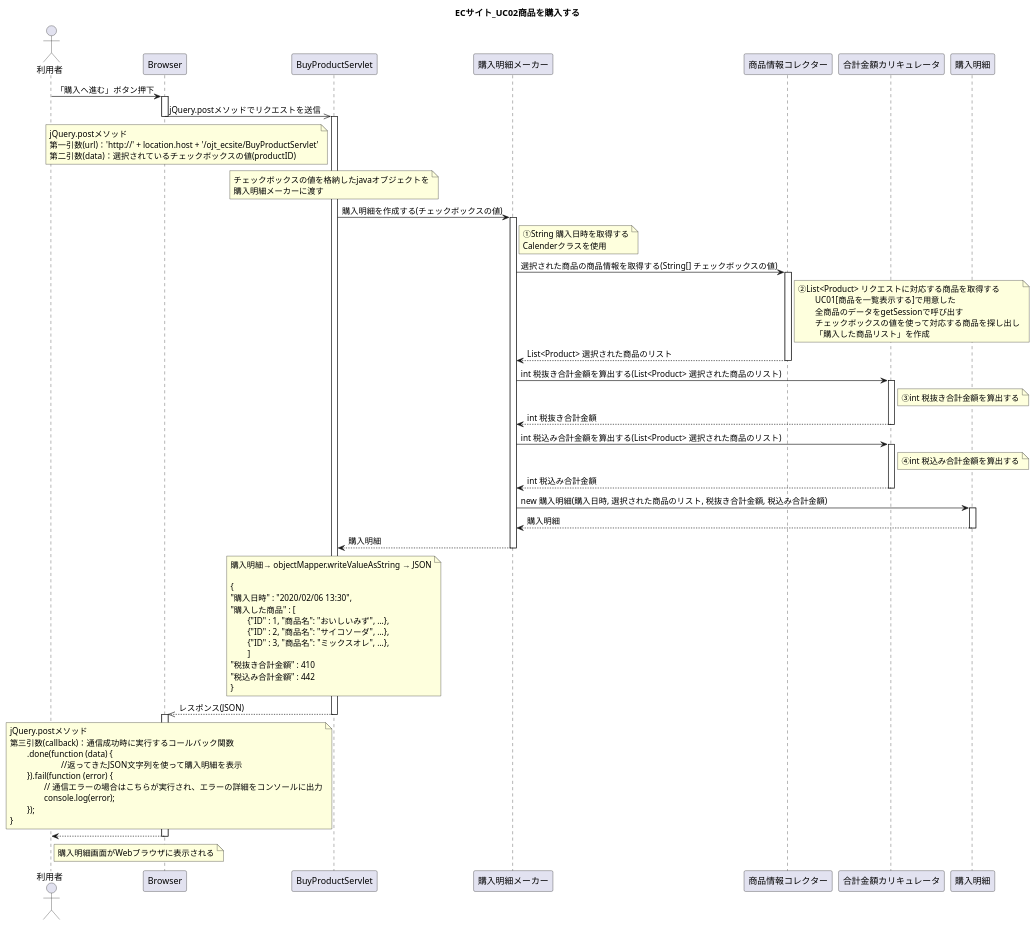
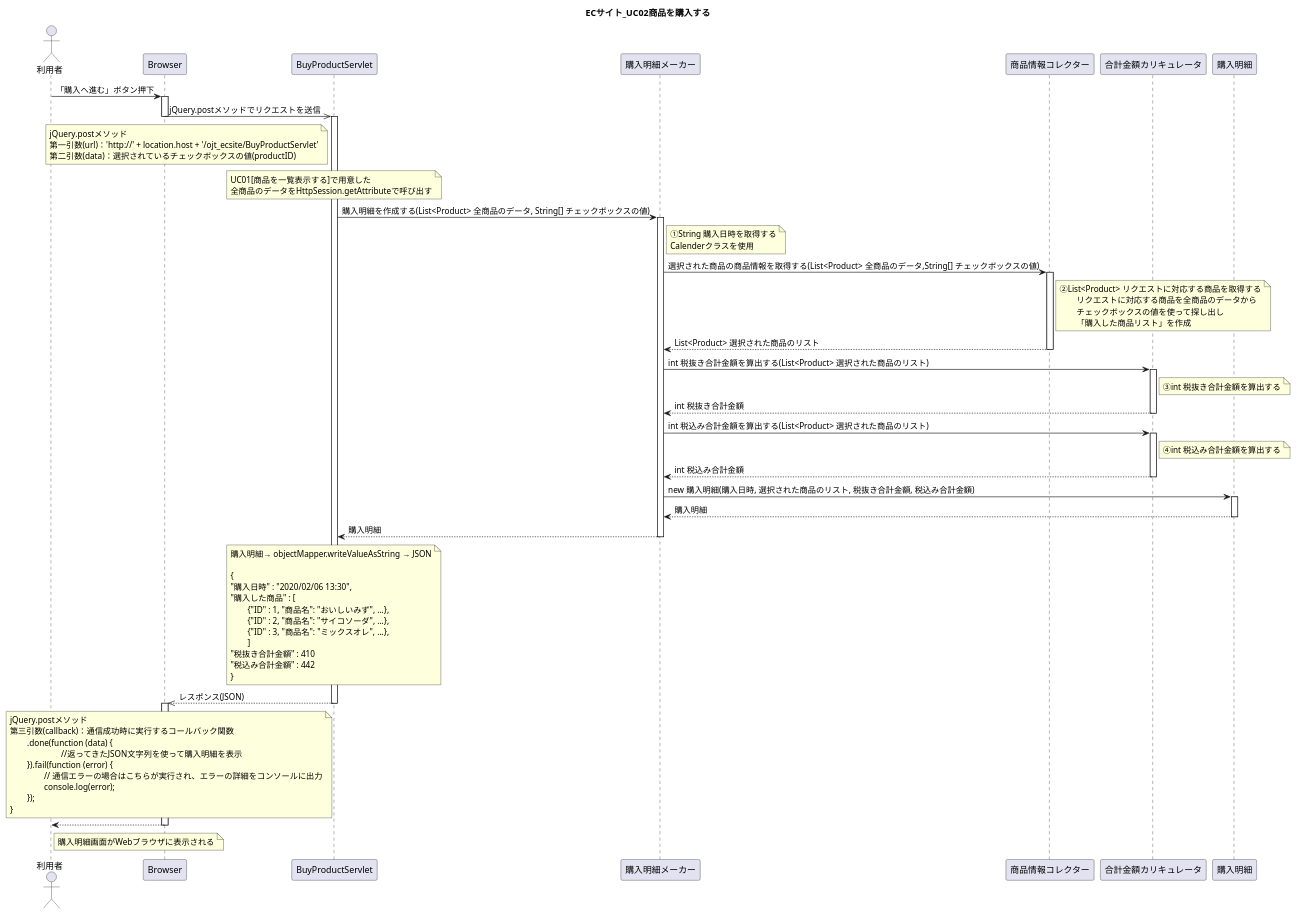
Before and after one commit to wnakayama/ojt_ecsite: the diagram in UML/Sequence02.puml, drawn with PlantUML. The commit also changed 3 other files, not shown here.

```diff
--- a/UML/Sequence02.puml
+++ b/UML/Sequence02.puml
@@ -1,109 +1,108 @@
 @startuml
 title ECサイト_UC02商品を購入する
 
 actor 利用者
 
 利用者 -> Browser : 「購入へ進む」ボタン押下
 activate Browser
 
 Browser ->> BuyProductServlet : jQuery.postメソッドでリクエストを送信
 deactivate Browser
 activate BuyProductServlet
 
 	note left of BuyProductServlet
 	jQuery.postメソッド
 	第一引数(url)：'http://' + location.host + '/ojt_ecsite/BuyProductServlet'
 	第二引数(data)：選択されているチェックボックスの値(productID)
 	end note
 
 	note over BuyProductServlet
-	チェックボックスの値を格納したjavaオブジェクトを
-	購入明細メーカーに渡す
+	UC01[商品を一覧表示する]で用意した
+	全商品のデータをHttpSession.getAttributeで呼び出す
 	end note
 
-BuyProductServlet -> 購入明細メーカー : 購入明細を作成する(チェックボックスの値)
+BuyProductServlet -> 購入明細メーカー : 購入明細を作成する(List<Product> 全商品のデータ, String[] チェックボックスの値)
 activate 購入明細メーカー
 
 	note right of 購入明細メーカー
 	①String 購入日時を取得する
 	Calenderクラスを使用
 	end note
 
 
-購入明細メーカー -> 商品情報コレクター : 選択された商品の商品情報を取得する(String[] チェックボックスの値)
+購入明細メーカー -> 商品情報コレクター : 選択された商品の商品情報を取得する(List<Product> 全商品のデータ,String[] チェックボックスの値)
 activate 商品情報コレクター
 	note right of 商品情報コレクター
 	②List<Product> リクエストに対応する商品を取得する
-		UC01[商品を一覧表示する]で用意した
-		全商品のデータをgetSessionで呼び出す
-		チェックボックスの値を使って対応する商品を探し出し
+		リクエストに対応する商品を全商品のデータから
+		チェックボックスの値を使って探し出し
 		「購入した商品リスト」を作成
 	end note
 購入明細メーカー <-- 商品情報コレクター : List<Product> 選択された商品のリスト
 deactivate 商品情報コレクター
 
 購入明細メーカー -> 合計金額カリキュレータ : int 税抜き合計金額を算出する(List<Product> 選択された商品のリスト)
 activate 合計金額カリキュレータ
 	note right of 合計金額カリキュレータ
 	③int 税抜き合計金額を算出する
 	end note
 購入明細メーカー <-- 合計金額カリキュレータ : int 税抜き合計金額
 deactivate 合計金額カリキュレータ
 
 購入明細メーカー -> 合計金額カリキュレータ : int 税込み合計金額を算出する(List<Product> 選択された商品のリスト)
 activate 合計金額カリキュレータ
 	note right of 合計金額カリキュレータ
 	④int 税込み合計金額を算出する
 	end note
 購入明細メーカー <-- 合計金額カリキュレータ : int 税込み合計金額
 deactivate 合計金額カリキュレータ
 
 
 購入明細メーカー -> 購入明細 : new 購入明細(購入日時, 選択された商品のリスト, 税抜き合計金額, 税込み合計金額)
 activate 購入明細
 購入明細メーカー <-- 購入明細 : 購入明細
 deactivate 購入明細
 
 BuyProductServlet <-- 購入明細メーカー : 購入明細
 deactivate 購入明細メーカー
 
 	note over BuyProductServlet
 	購入明細→ objectMapper.writeValueAsString → JSON
 
 	{
 	"購入日時" : "2020/02/06 13:30",
 	"購入した商品" : [
 		{"ID" : 1, "商品名": "おいしいみず", ...},
 		{"ID" : 2, "商品名": "サイコソーダ", ...},
 		{"ID" : 3, "商品名": "ミックスオレ", ...},
 		]
 	"税抜き合計金額" : 410
 	"税込み合計金額" : 442
 	}
 	end note
 
 Browser <<-- BuyProductServlet : レスポンス(JSON)
 deactivate BuyProductServlet
 activate Browser
 
 	note left of BuyProductServlet
 	jQuery.postメソッド
 	第三引数(callback)：通信成功時に実行するコールバック関数
 		.done(function (data) {
 				//返ってきたJSON文字列を使って購入明細を表示
 		}).fail(function (error) {
 			// 通信エラーの場合はこちらが実行され、エラーの詳細をコンソールに出力
 			console.log(error);
 		});
 	}
 	end note
 
 
 利用者 <-- Browser
 	note right of 利用者
 	購入明細画面がWebブラウザに表示される
 	end note
 
 deactivate Browser
 
 @enduml
```
